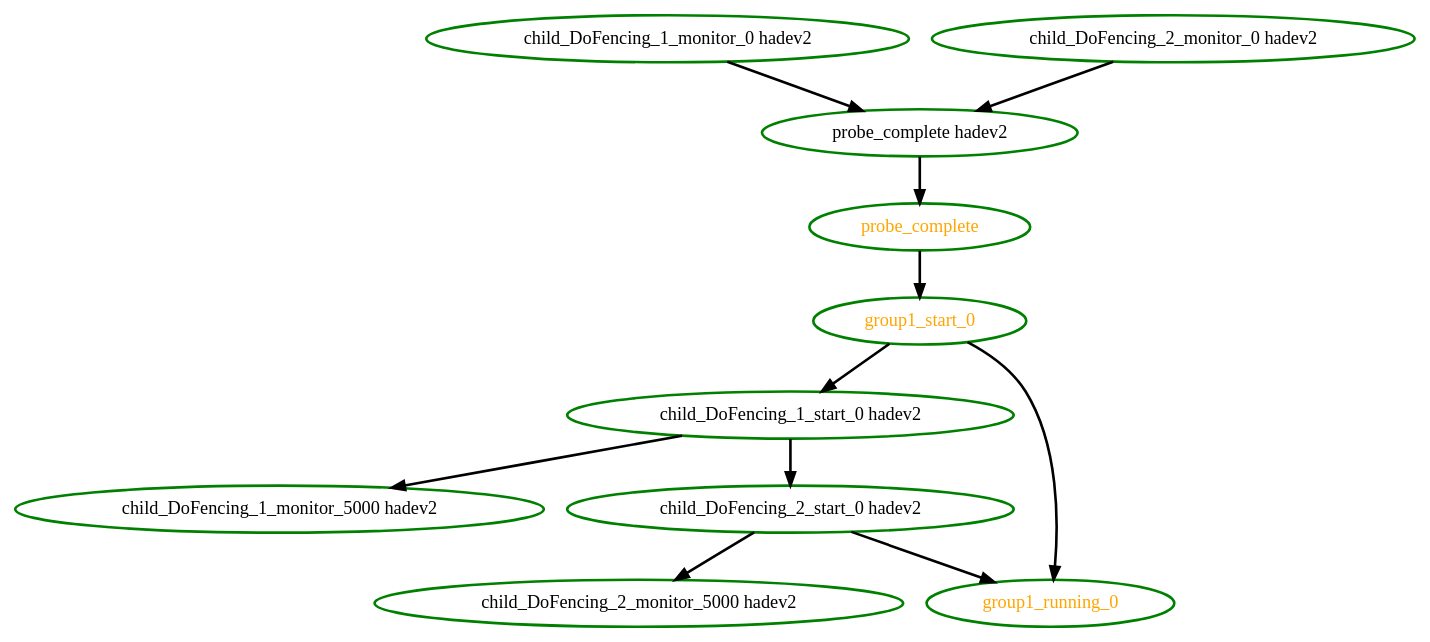
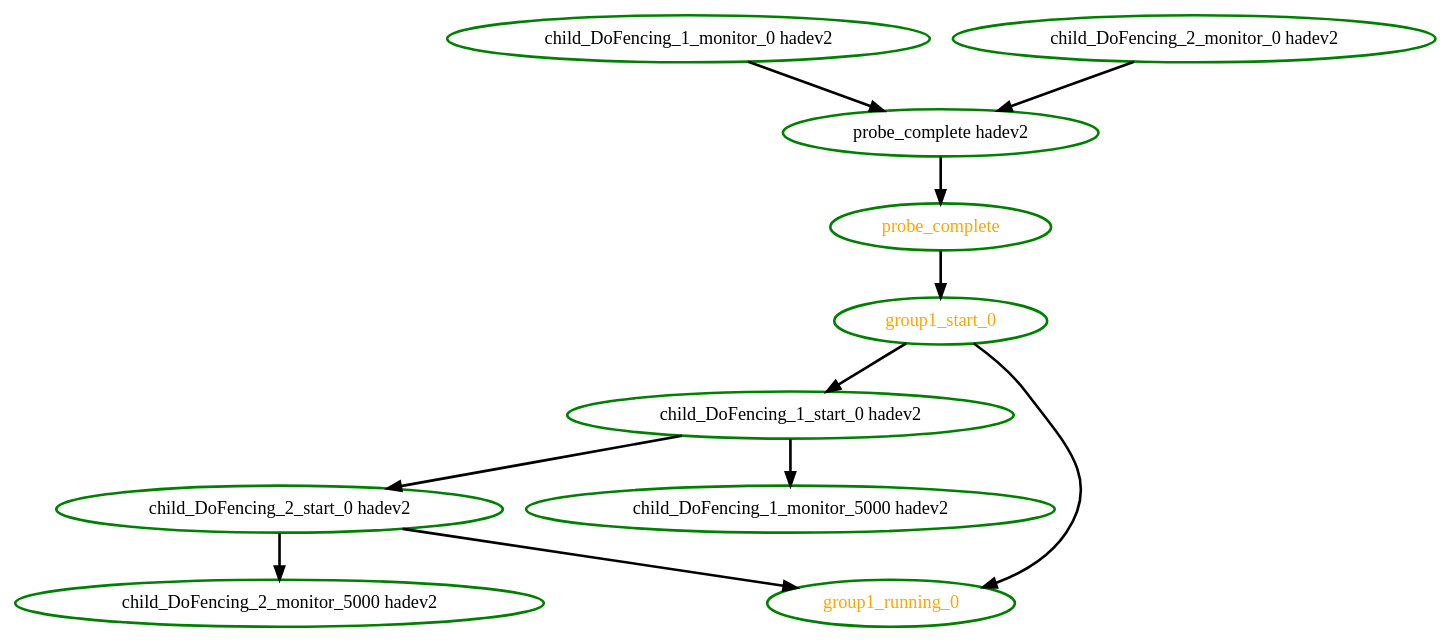
The diagram in crm/pengine/testcases/quorum-5.dot (richiewen8/heartbeat), drawn with Graphviz before and after one commit. The commit also changed other lines of this file and 46 other files, not shown here.

```diff
--- a/crm/pengine/testcases/quorum-5.dot
+++ b/crm/pengine/testcases/quorum-5.dot
@@ -1,23 +1,23 @@
 digraph "g" {
 	size = "30,30"
 "probe_complete" [ style=bold color="green" fontcolor="orange" ]
 "probe_complete hadev2" [ style=bold color="green" fontcolor="black" ]
 "child_DoFencing_1_monitor_0 hadev2" [ style=bold color="green" fontcolor="black" ]
 "child_DoFencing_2_monitor_0 hadev2" [ style=bold color="green" fontcolor="black" ]
+"child_DoFencing_2_start_0 hadev2" [ style=bold color="green" fontcolor="black" ]
+"child_DoFencing_2_monitor_5000 hadev2" [ style=bold color="green" fontcolor="black" ]
 "child_DoFencing_1_start_0 hadev2" [ style=bold color="green" fontcolor="black" ]
 "child_DoFencing_1_monitor_5000 hadev2" [ style=bold color="green" fontcolor="black" ]
-"child_DoFencing_2_start_0 hadev2" [ style=bold color="green" fontcolor="black" ]
-"child_DoFencing_2_monitor_5000 hadev2" [ style=bold color="green" fontcolor="black" ]
 "group1_start_0" [ style=bold color="green" fontcolor="orange" ]
 "group1_running_0" [ style=bold color="green" fontcolor="orange" ]
 "probe_complete hadev2" -> "probe_complete" [ style = bold]
 "child_DoFencing_1_monitor_0 hadev2" -> "probe_complete hadev2" [ style = bold]
 "child_DoFencing_2_monitor_0 hadev2" -> "probe_complete hadev2" [ style = bold]
+"child_DoFencing_1_start_0 hadev2" -> "child_DoFencing_2_start_0 hadev2" [ style = bold]
+"child_DoFencing_2_start_0 hadev2" -> "child_DoFencing_2_monitor_5000 hadev2" [ style = bold]
 "group1_start_0" -> "child_DoFencing_1_start_0 hadev2" [ style = bold]
 "child_DoFencing_1_start_0 hadev2" -> "child_DoFencing_1_monitor_5000 hadev2" [ style = bold]
-"child_DoFencing_1_start_0 hadev2" -> "child_DoFencing_2_start_0 hadev2" [ style = bold]
-"child_DoFencing_2_start_0 hadev2" -> "child_DoFencing_2_monitor_5000 hadev2" [ style = bold]
 "probe_complete" -> "group1_start_0" [ style = bold]
 "child_DoFencing_2_start_0 hadev2" -> "group1_running_0" [ style = bold]
 "group1_start_0" -> "group1_running_0" [ style = bold]
 }
```
